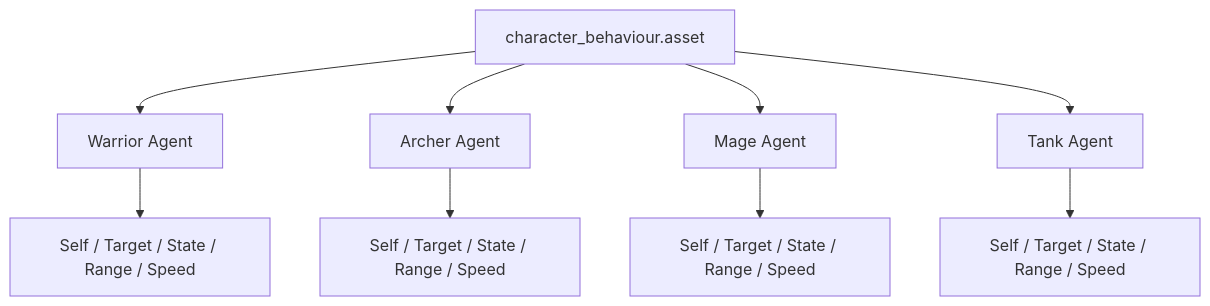
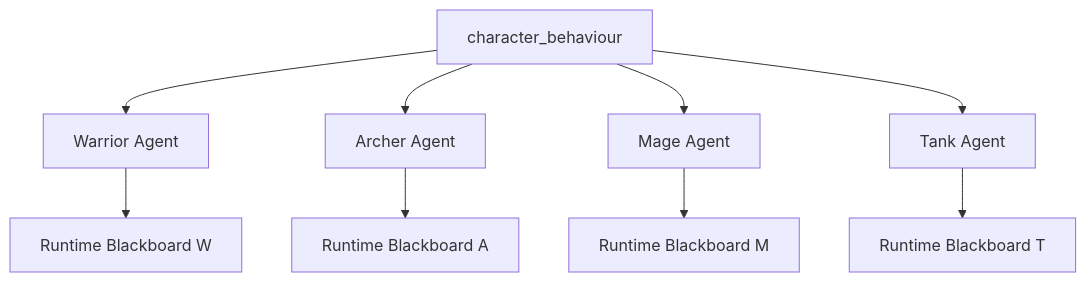
One commit to DuckBaee/AR-Autobattler-Code-Portfolio changed the third of 3 diagrams in Docs/Architecture.md. Above: the diagram before and after it, drawn with Mermaid. The commit also changed other lines of this file and 5 other files, not shown here.

````diff
--- a/Docs/Architecture.md
+++ b/Docs/Architecture.md
@@ -93,12 +98,12 @@
 ```mermaid
 flowchart TD
-    Shared[character_behaviour.asset] --> W[Warrior Agent]
+    Shared[character_behaviour] --> W[Warrior Agent]
     Shared --> A[Archer Agent]
     Shared --> M[Mage Agent]
     Shared --> T[Tank Agent]
 
-    W --> WB[Self / Target / State / Range / Speed]
-    A --> AB[Self / Target / State / Range / Speed]
-    M --> MB[Self / Target / State / Range / Speed]
-    T --> TB[Self / Target / State / Range / Speed]
+    W --> WB[Runtime Blackboard W]
+    A --> AB[Runtime Blackboard A]
+    M --> MB[Runtime Blackboard M]
+    T --> TB[Runtime Blackboard T]
 ```
````
